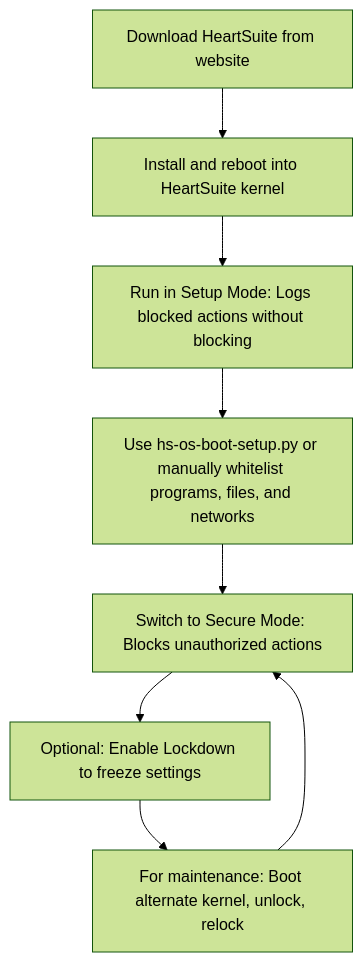
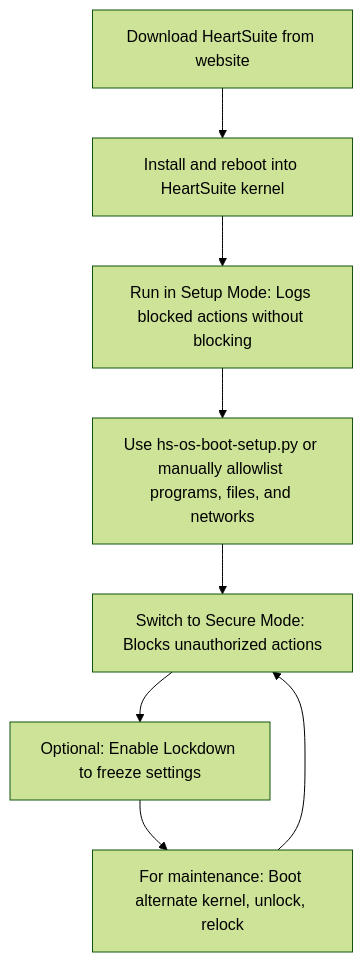
Before and after one commit to HeartSecuritySuite/heartsuite-docs: the diagram in content/en/docs/introduction/setup-overview/_index.md, drawn with Mermaid (forest theme). The commit also changed other lines of this file and 28 other files, not shown here.

````diff
--- a/content/en/docs/introduction/setup-overview/_index.md
+++ b/content/en/docs/introduction/setup-overview/_index.md
@@ -33,10 +33,10 @@
 ```mermaid
 graph TD;
     A[Download HeartSuite from website] --> B[Install and reboot into HeartSuite kernel];
     B --> C["Run in Setup Mode: Logs blocked actions without blocking"];
-    C --> D[Use hs-os-boot-setup.py or manually whitelist programs, files, and networks];
+    C --> D[Use hs-os-boot-setup.py or manually allowlist programs, files, and networks];
     D --> E["Switch to Secure Mode: Blocks unauthorized actions"];
     E --> F["Optional: Enable Lockdown to freeze settings"];
     F --> G["For maintenance: Boot alternate kernel, unlock, relock"];
     G --> E;
 ```
````
